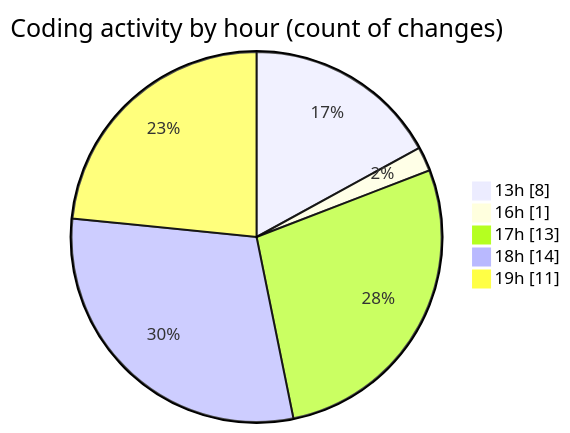
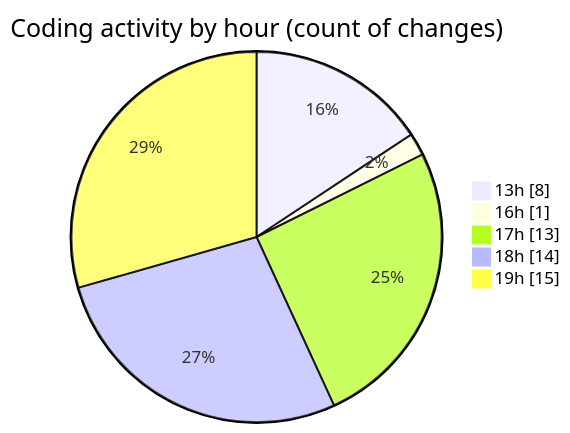
Before and after one commit to EIIisD/code-tracking: the second of 2 diagrams in 2025-08-24/chatgpt-extension/README.md, drawn with Mermaid. The commit also changed other lines of this file and 1 other file, not shown here.

````diff
--- a/2025-08-24/chatgpt-extension/README.md
+++ b/2025-08-24/chatgpt-extension/README.md
@@ -34,9 +34,9 @@
 ```mermaid
 pie showData
 title Coding activity by hour (count of changes)
 "13h" : 8
 "16h" : 1
 "17h" : 13
 "18h" : 14
-"19h" : 11
+"19h" : 15
 ```
````
